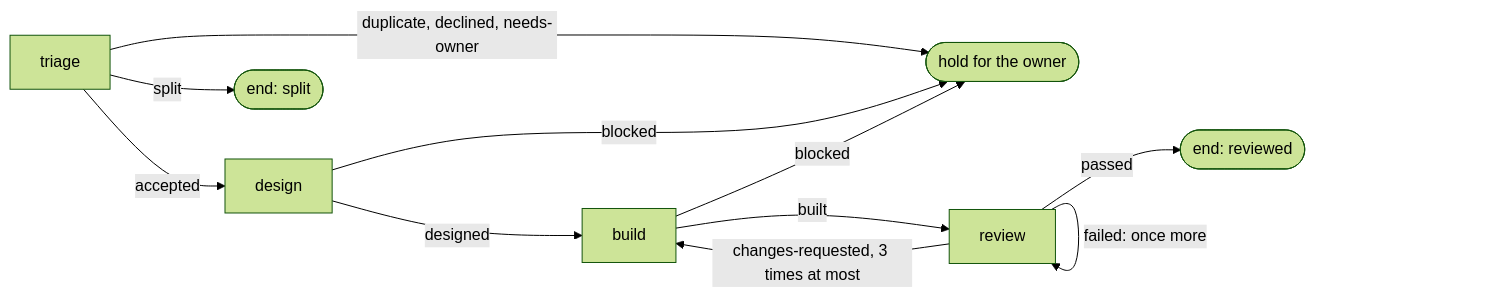
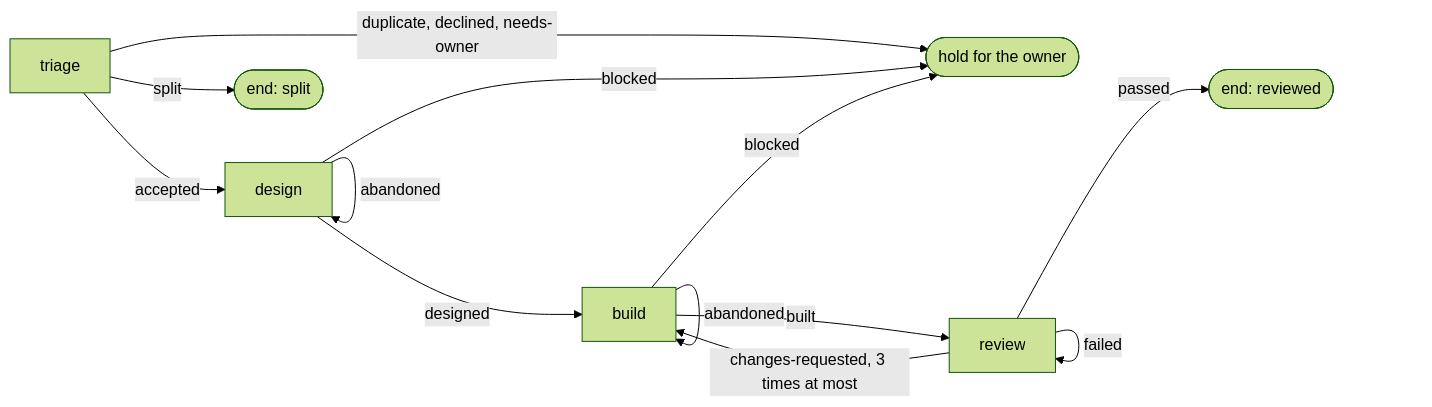
One commit to zgeoff/boxxy changed the diagram in docs/architecture/work/pipeline.md. Above: the diagram before and after it, drawn with Mermaid (forest theme). The commit also changed other lines of this file and 17 other files, not shown here.

Commit message:
docs: rewrite the architecture docs around what each part is for

````diff
--- a/docs/architecture/work/pipeline.md
+++ b/docs/architecture/work/pipeline.md
@@ -20,13 +18,15 @@
 ```mermaid
 flowchart LR
   triage -->|accepted| design
   triage -->|"duplicate, declined, needs-owner"| hold(["hold for the owner"])
   triage -->|split| split(["end: split"])
   design -->|designed| build
   design -->|blocked| hold
+  design -->|abandoned| design
   build -->|built| review
   build -->|blocked| hold
+  build -->|abandoned| build
   review -->|passed| reviewed(["end: reviewed"])
   review -->|"changes-requested, 3 times at most"| build
-  review -->|"failed: once more"| review
+  review -->|failed| review
 ```
````
